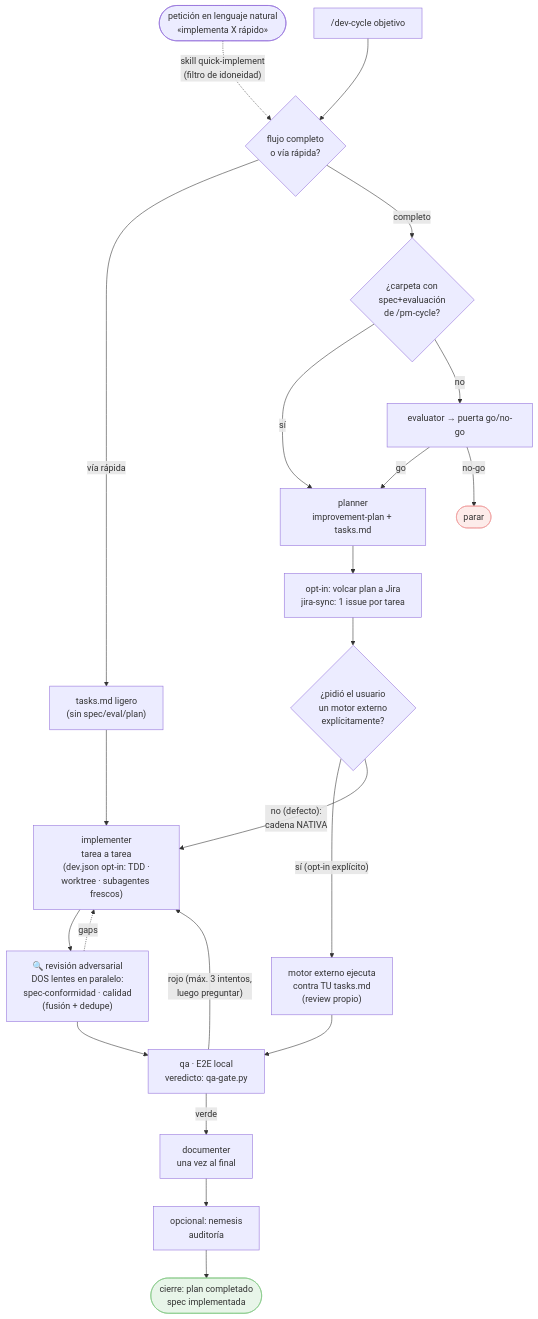
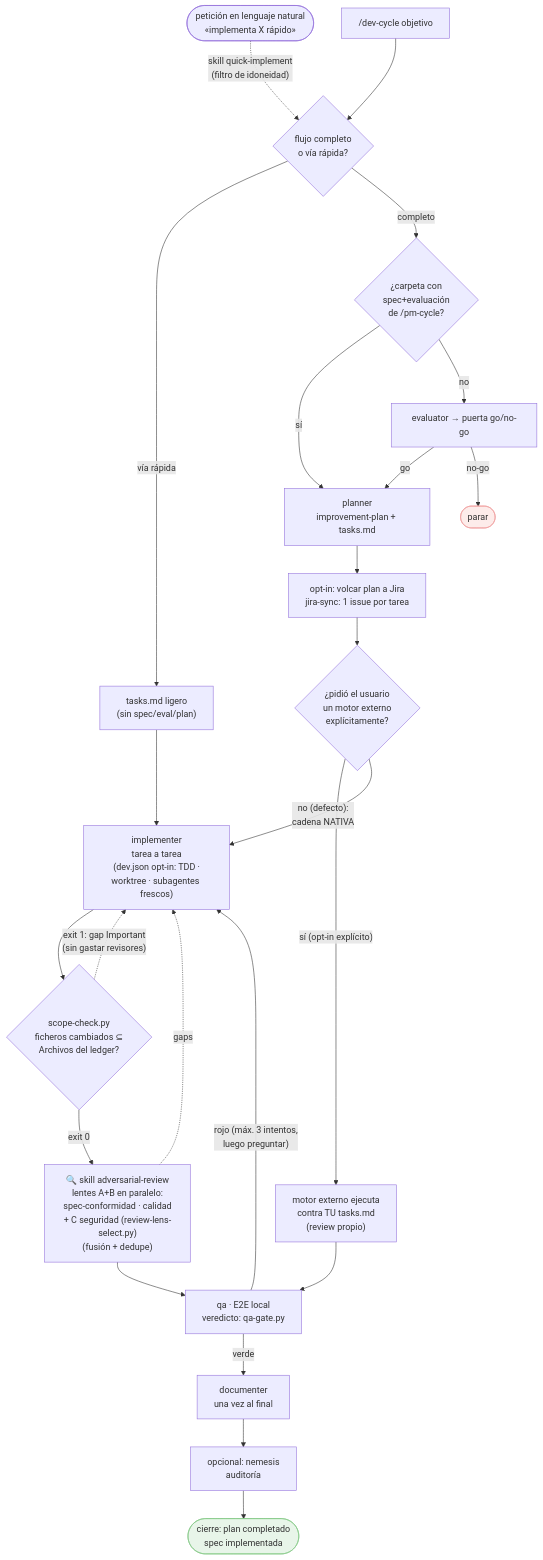
The fourth of 11 diagrams in docs/FLOWS.md (daycry/custom-agents), drawn with Mermaid before and after one commit. The commit also changed other lines of this file and 99 other files, not shown here.

Commit message:
feat: live-visibility + guardrails + adversarial-review + debt-cleanup; cierre jira-granularity

````diff
--- a/docs/FLOWS.md
+++ b/docs/FLOWS.md
@@ -80,26 +82,28 @@
 ```mermaid
 flowchart TD
     NL(["petición en lenguaje natural<br/>«implementa X rápido»"]) -.->|"skill quick-implement<br/>(filtro de idoneidad)"| Z
     A["/dev-cycle objetivo"] --> Z{"flujo completo<br/>o vía rápida?"}
     Z -->|vía rápida| Q["tasks.md ligero<br/>(sin spec/eval/plan)"]
     Q --> H
     Z -->|completo| B{"¿carpeta con<br/>spec+evaluación<br/>de /pm-cycle?"}
     B -->|sí| D
     B -->|no| C["evaluator → puerta go/no-go"]
     C -->|go| D["planner<br/>improvement-plan + tasks.md"]
     C -->|no-go| X(["parar"])
     D --> E["opt-in: volcar plan a Jira<br/>jira-sync: 1 issue por tarea"]
     E --> F{"¿pidió el usuario<br/>un motor externo<br/>explícitamente?"}
     F -->|"sí (opt-in explícito)"| G["motor externo ejecuta<br/>contra TU tasks.md<br/>(review propio)"]
     F -->|"no (defecto):<br/>cadena NATIVA"| H["implementer<br/>tarea a tarea<br/>(dev.json opt-in: TDD ·<br/>worktree · subagentes frescos)"]
-    H --> R["🔍 revisión adversarial<br/>DOS lentes en paralelo:<br/>spec-conformidad · calidad<br/>(fusión + dedupe)"]
+    H --> SC{"scope-check.py<br/>ficheros cambiados ⊆<br/>Archivos del ledger?"}
+    SC -.->|"exit 1: gap Important<br/>(sin gastar revisores)"| H
+    SC -->|exit 0| R["🔍 skill adversarial-review<br/>lentes A+B en paralelo:<br/>spec-conformidad · calidad<br/>+ C seguridad (review-lens-select.py)<br/>(fusión + dedupe)"]
     R -.->|gaps| H
     G --> I["qa · E2E local<br/>veredicto: qa-gate.py"]
     R --> I
     I -->|"rojo (máx. 3 intentos,<br/>luego preguntar)"| H
     I -->|verde| J["documenter<br/>una vez al final"]
     J --> K["opcional: nemesis<br/>auditoría"]
     K --> L(["cierre: plan completado<br/>spec implementada"])
     style X fill:#fdecea,stroke:#ef9a9a
     style L fill:#e8f5e9,stroke:#81c784
 ```
````
